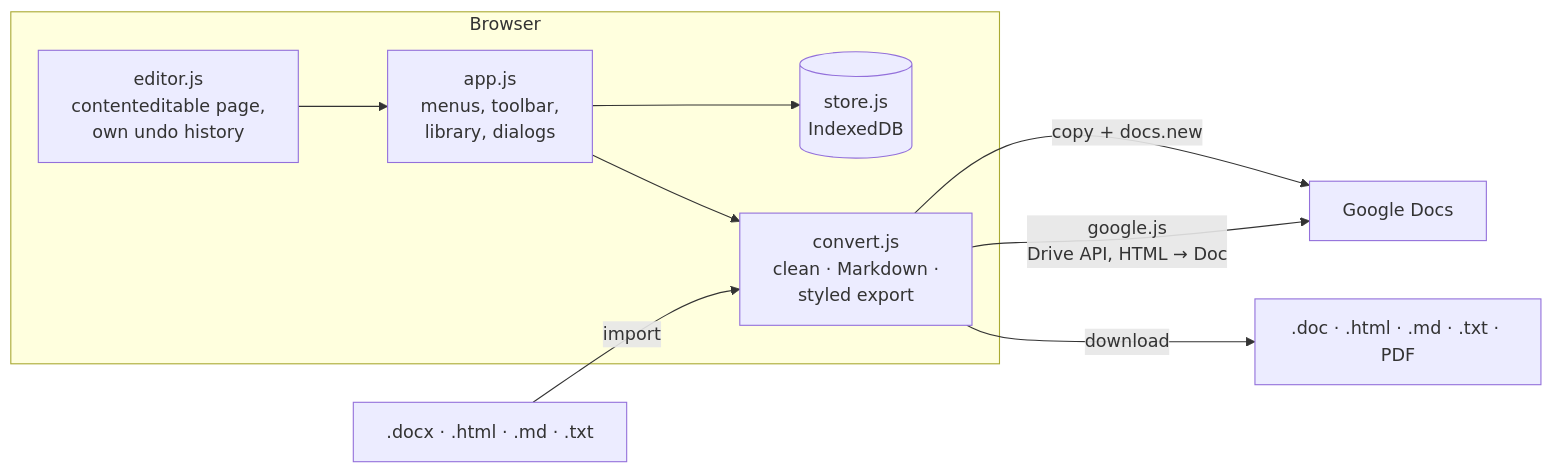
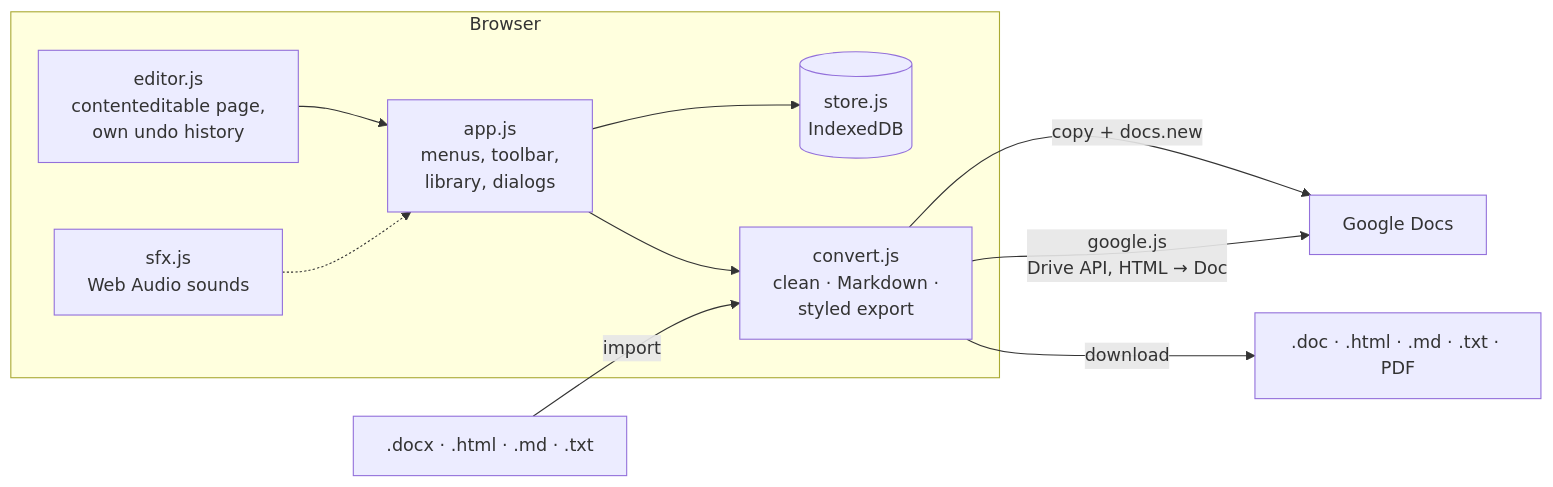
The diagram in README.md (tuniveza/nova-notes), drawn with Mermaid before and after one commit. The commit also changed other lines of this file and 16 other files, not shown here.

````diff
--- a/README.md
+++ b/README.md
@@ -119,12 +152,13 @@
 ```mermaid
 flowchart LR
   subgraph Browser
     E[editor.js<br/>contenteditable page,<br/>own undo history] --> A[app.js<br/>menus, toolbar,<br/>library, dialogs]
     A --> S[(store.js<br/>IndexedDB)]
     A --> C[convert.js<br/>clean · Markdown ·<br/>styled export]
+    X[sfx.js<br/>Web Audio sounds] -.-> A
   end
   F[.docx · .html · .md · .txt] -- import --> C
   C -- copy + docs.new --> G[Google Docs]
   C -- google.js<br/>Drive API, HTML → Doc --> G
   C -- download --> D[.doc · .html · .md · .txt · PDF]
 ```
````
